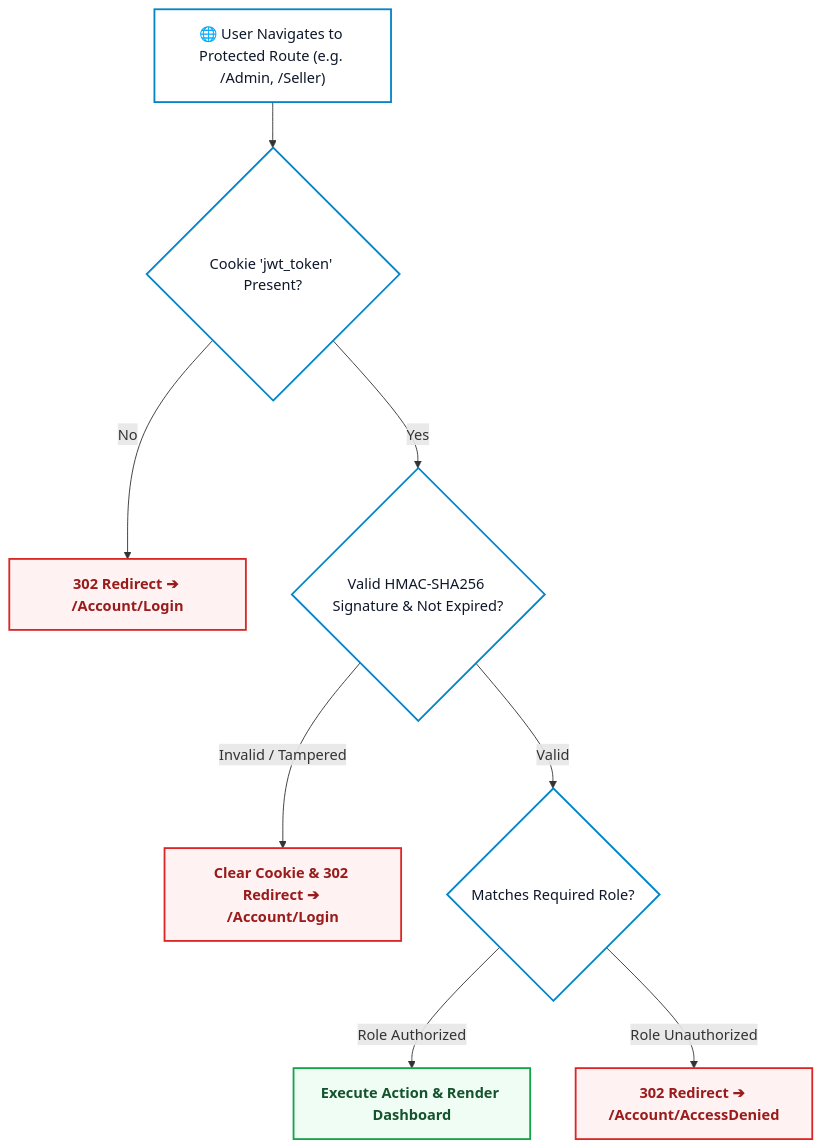
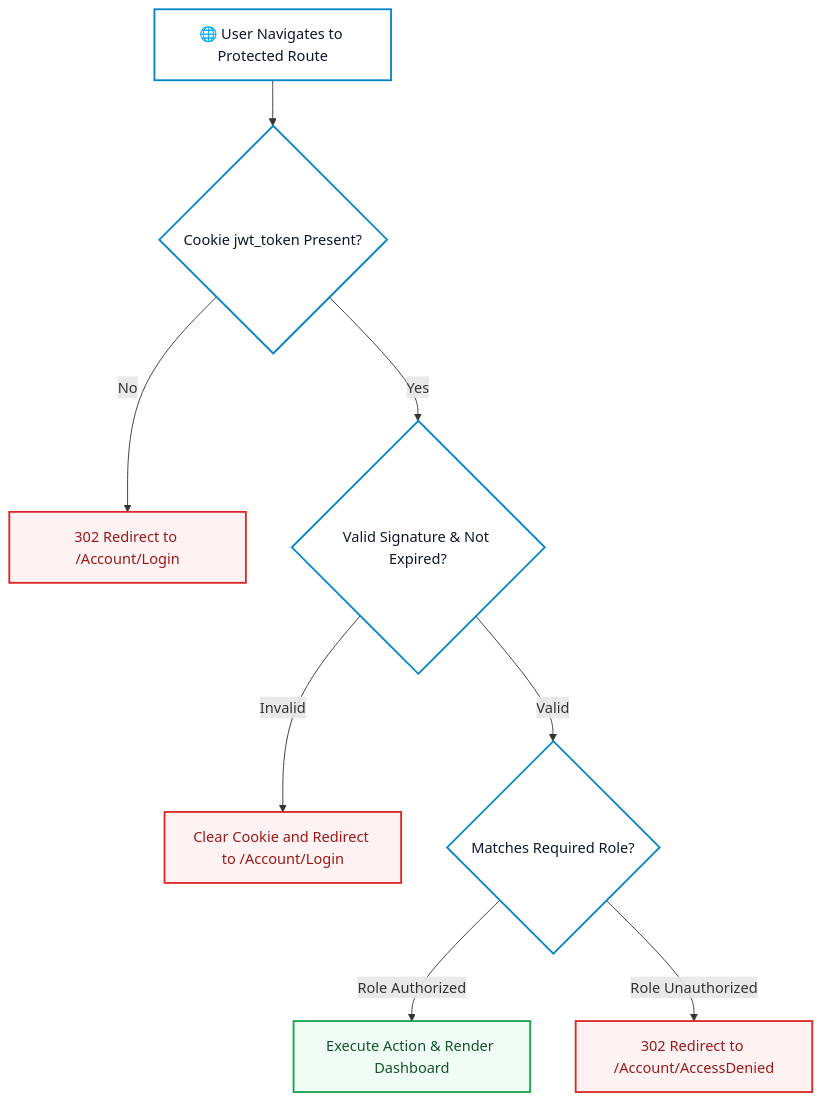
Before and after one commit to Bahar0900/Productstore: the fourth of 7 diagrams in README.md, drawn with Mermaid. The commit also changed other lines of this file, not shown here.

Commit message:
fix(docs): quote all mermaid edge labels to resolve GitHub parse error

````diff
--- a/README.md
+++ b/README.md
@@ -133,17 +132,17 @@
 ```mermaid
 flowchart TD
     classDef check fill:#ffffff,stroke:#0284c7,stroke-width:2px,color:#0f172a;
-    classDef grant fill:#f0fdf4,stroke:#16a34a,stroke-width:2px,color:#14532d,font-weight:bold;
-    classDef deny fill:#fef2f2,stroke:#dc2626,stroke-width:2px,color:#991b1b,font-weight:bold;
+    classDef grant fill:#f0fdf4,stroke:#16a34a,stroke-width:2px,color:#14532d;
+    classDef deny fill:#fef2f2,stroke:#dc2626,stroke-width:2px,color:#991b1b;
 
-    Req["🌐 User Navigates to Protected Route (e.g. /Admin, /Seller)"]:::check --> CookieCheck{"Cookie 'jwt_token' Present?"}:::check
+    Req["🌐 User Navigates to Protected Route"]:::check --> CookieCheck{"Cookie jwt_token Present?"}:::check
 
-    CookieCheck -->|No| RedirectLogin["302 Redirect ➔ /Account/Login"]:::deny
-    CookieCheck -->|Yes| VerifyToken{"Valid HMAC-SHA256 Signature & Not Expired?"}:::check
+    CookieCheck -->|"No"| RedirectLogin["302 Redirect to /Account/Login"]:::deny
+    CookieCheck -->|"Yes"| VerifyToken{"Valid Signature & Not Expired?"}:::check
 
-    VerifyToken -->|Invalid / Tampered| ClearCookie["Clear Cookie & 302 Redirect ➔ /Account/Login"]:::deny
-    VerifyToken -->|Valid| RoleCheck{"Matches Required Role?"}:::check
+    VerifyToken -->|"Invalid"| ClearCookie["Clear Cookie and Redirect to /Account/Login"]:::deny
+    VerifyToken -->|"Valid"| RoleCheck{"Matches Required Role?"}:::check
 
-    RoleCheck -->|Role Authorized| Execute["Execute Action & Render Dashboard"]:::grant
-    RoleCheck -->|Role Unauthorized| AccessDenied["302 Redirect ➔ /Account/AccessDenied"]:::deny
+    RoleCheck -->|"Role Authorized"| Execute["Execute Action & Render Dashboard"]:::grant
+    RoleCheck -->|"Role Unauthorized"| AccessDenied["302 Redirect to /Account/AccessDenied"]:::deny
 ```
````
